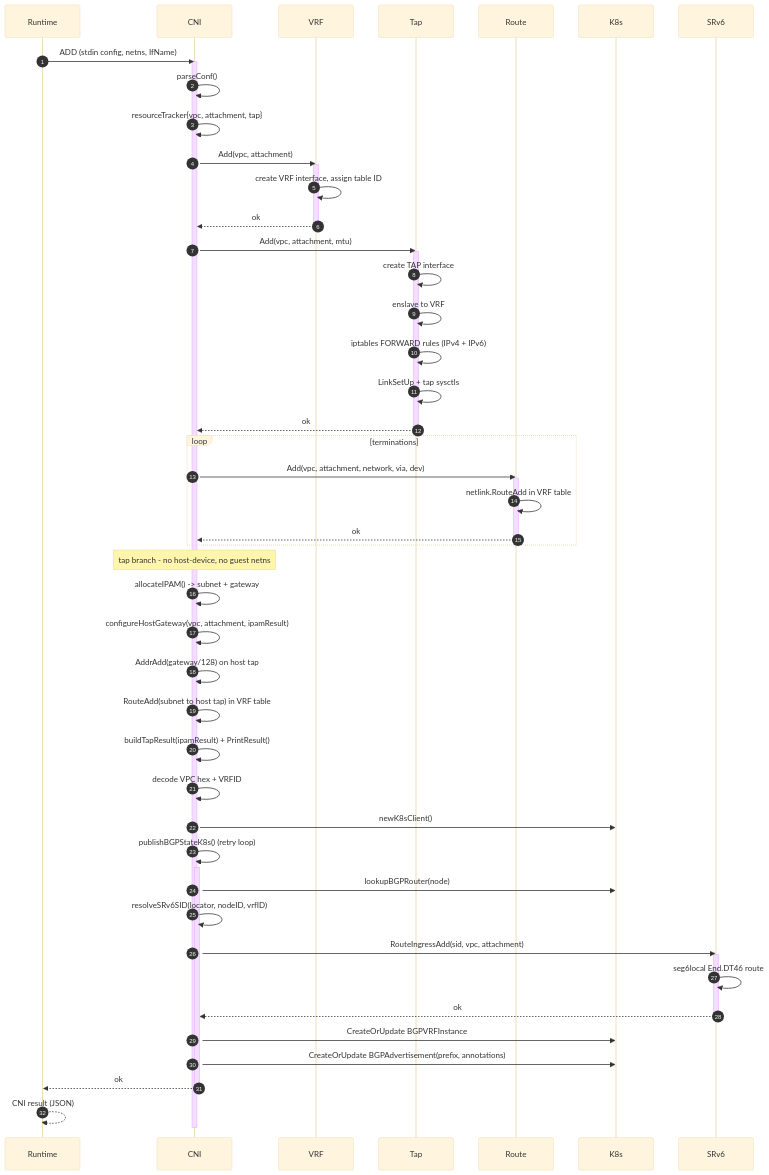
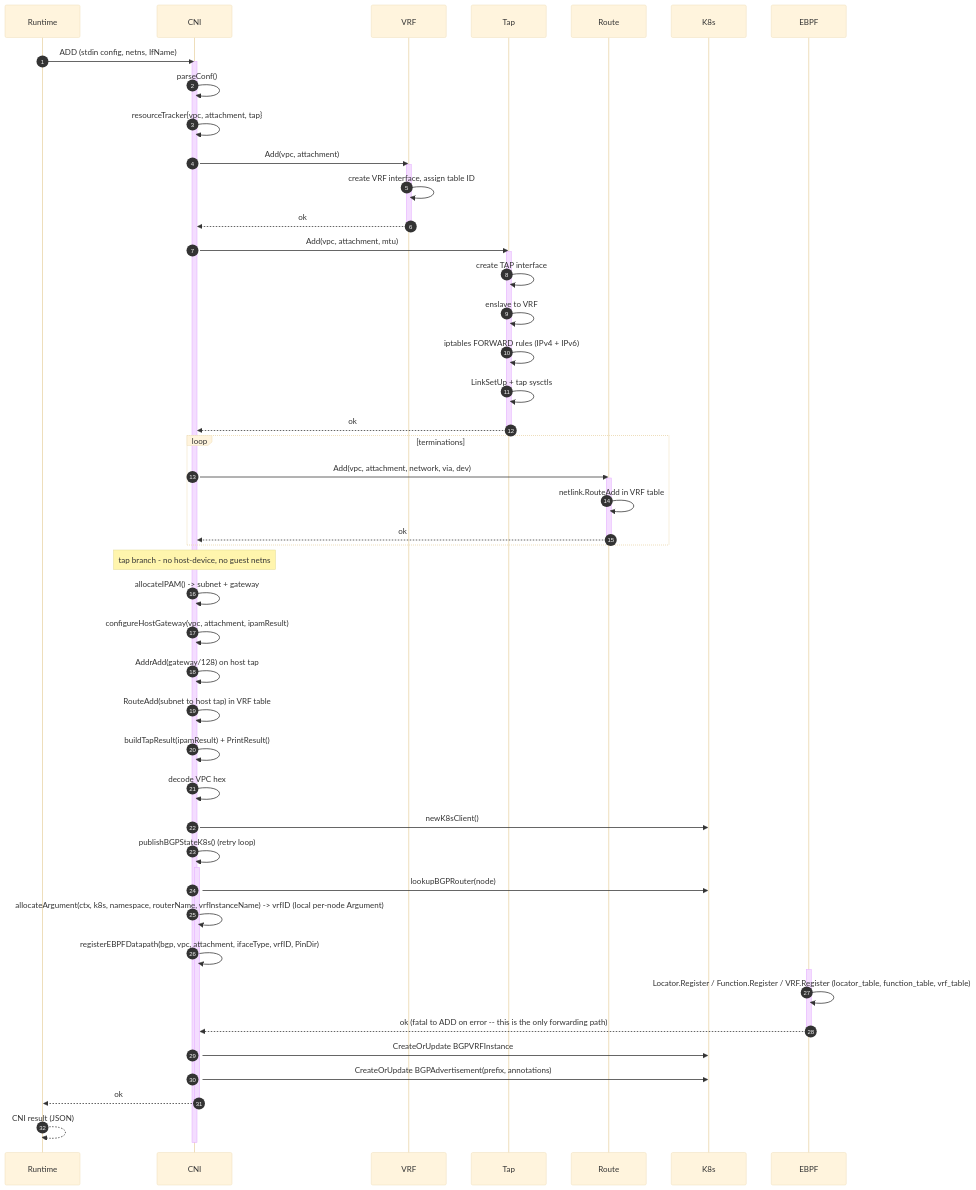
One commit to datum-cloud/galactic changed the second of 3 diagrams in docs/cni-cmd-sequence.md. Above: the diagram before and after it, drawn with Mermaid (base theme). The commit also changed other lines of this file and 78 other files, not shown here.

````diff
--- a/docs/cni-cmd-sequence.md
+++ b/docs/cni-cmd-sequence.md
@@ -90,61 +90,61 @@
 ```mermaid
 sequenceDiagram
     autonumber
     Runtime->>CNI: ADD (stdin config, netns, IfName)
     activate CNI
 
     CNI->>CNI: parseConf()
     CNI->>CNI: resourceTracker{vpc, attachment, tap}
 
     CNI->>VRF: Add(vpc, attachment)
     activate VRF
     VRF->>VRF: create VRF interface, assign table ID
     VRF-->>CNI: ok
     deactivate VRF
 
     CNI->>Tap: Add(vpc, attachment, mtu)
     activate Tap
     Tap->>Tap: create TAP interface
     Tap->>Tap: enslave to VRF
     Tap->>Tap: iptables FORWARD rules (IPv4 + IPv6)
     Tap->>Tap: LinkSetUp + tap sysctls
     Tap-->>CNI: ok
     deactivate Tap
 
     loop terminations
         CNI->>Route: Add(vpc, attachment, network, via, dev)
         activate Route
         Route->>Route: netlink.RouteAdd in VRF table
         Route-->>CNI: ok
         deactivate Route
     end
 
     Note over CNI: tap branch - no host-device, no guest netns
 
     CNI->>CNI: allocateIPAM() -> subnet + gateway
     CNI->>CNI: configureHostGateway(vpc, attachment, ipamResult)
     CNI->>CNI: AddrAdd(gateway/128) on host tap
     CNI->>CNI: RouteAdd(subnet to host tap) in VRF table
 
     CNI->>CNI: buildTapResult(ipamResult) + PrintResult()
 
-    CNI->>CNI: decode VPC hex + VRFID
+    CNI->>CNI: decode VPC hex
     CNI->>K8s: newK8sClient()
 
     CNI->>CNI: publishBGPStateK8s() (retry loop)
     activate CNI
     CNI->>K8s: lookupBGPRouter(node)
-    CNI->>CNI: resolveSRv6SID(locator, nodeID, vrfID)
-    CNI->>SRv6: RouteIngressAdd(sid, vpc, attachment)
-    activate SRv6
-    SRv6->>SRv6: seg6local End.DT46 route
-    SRv6-->>CNI: ok
-    deactivate SRv6
+    CNI->>CNI: allocateArgument(ctx, k8s, namespace, routerName, vrfInstanceName) -> vrfID (local per-node Argument)
+    CNI->>CNI: registerEBPFDatapath(bgp, vpc, attachment, ifaceType, vrfID, PinDir)
+    activate EBPF
+    EBPF->>EBPF: Locator.Register / Function.Register / VRF.Register (locator_table, function_table, vrf_table)
+    EBPF-->>CNI: ok (fatal to ADD on error -- this is the only forwarding path)
+    deactivate EBPF
     CNI->>K8s: CreateOrUpdate BGPVRFInstance
     CNI->>K8s: CreateOrUpdate BGPAdvertisement(prefix, annotations)
     CNI-->>Runtime: ok
     deactivate CNI
 
     Runtime-->>Runtime: CNI result (JSON)
     deactivate CNI
 ```
````
